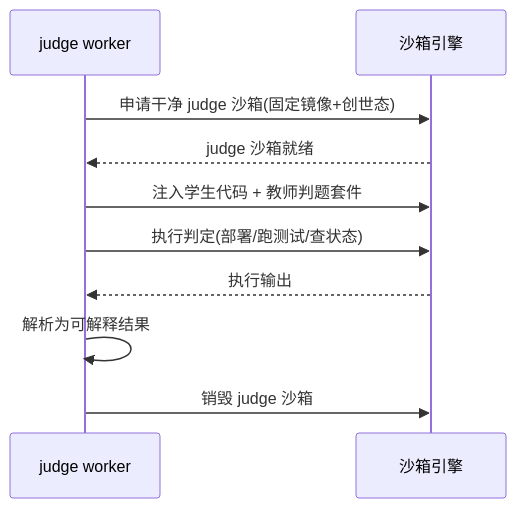
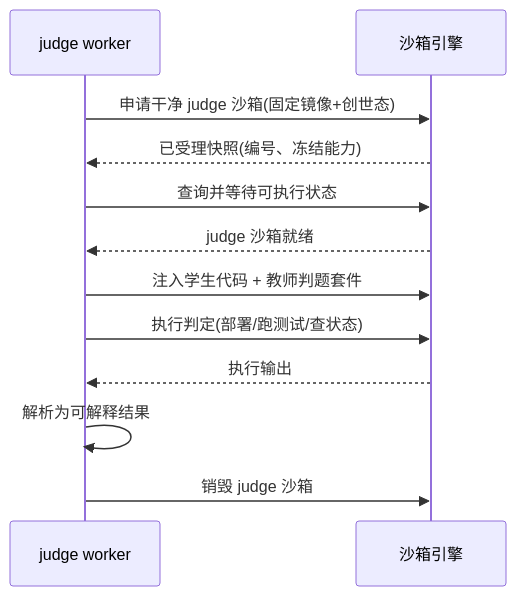
Before and after one commit to menghuishisan/CHAIMIR: the diagram in docs/03-评测引擎/07-架构设计.md, drawn with Mermaid. The commit also changed other lines of this file and 995 other files, not shown here.

````diff
--- a/docs/03-评测引擎/07-架构设计.md
+++ b/docs/03-评测引擎/07-架构设计.md
@@ -66,12 +59,14 @@
 ```mermaid
 sequenceDiagram
     participant W as judge worker
     participant M2 as 沙箱引擎
     W->>M2: 申请干净 judge 沙箱(固定镜像+创世态)
+    M2-->>W: 已受理快照(编号、冻结能力)
+    W->>M2: 查询并等待可执行状态
     M2-->>W: judge 沙箱就绪
     W->>M2: 注入学生代码 + 教师判题套件
     W->>M2: 执行判定(部署/跑测试/查状态)
     M2-->>W: 执行输出
     W->>W: 解析为可解释结果
     W->>M2: 销毁 judge 沙箱
 ```
````
